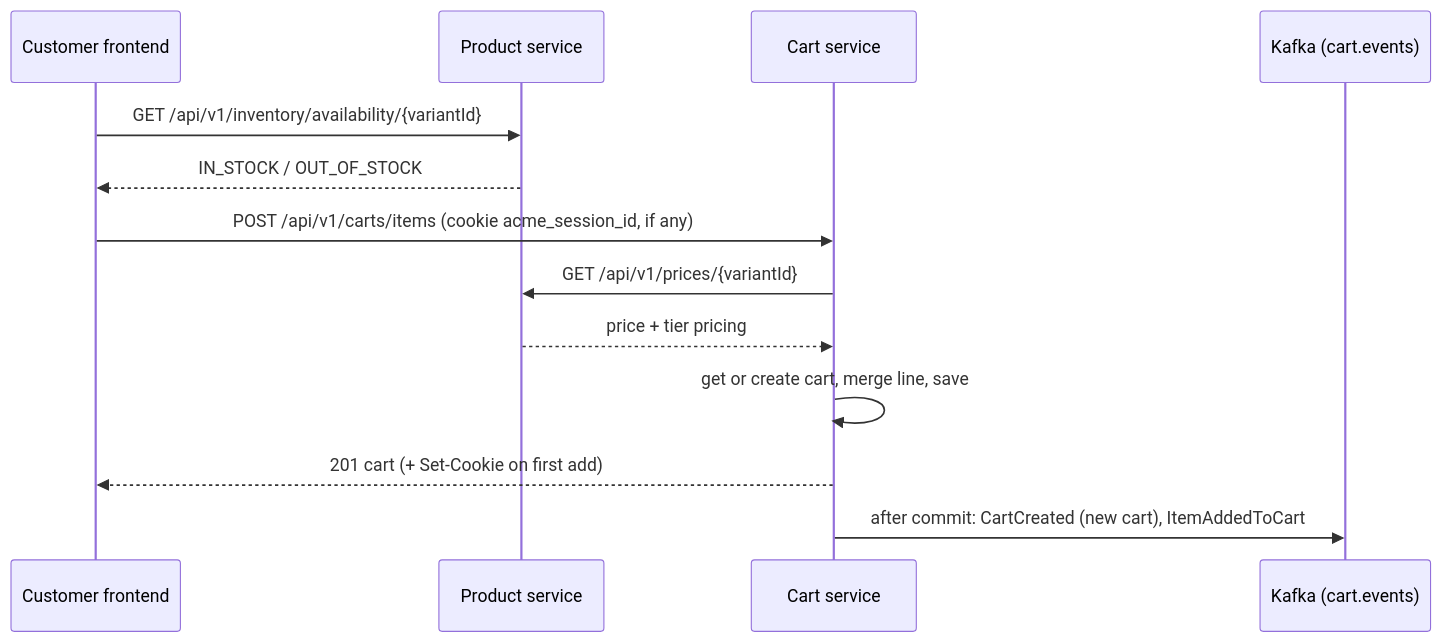
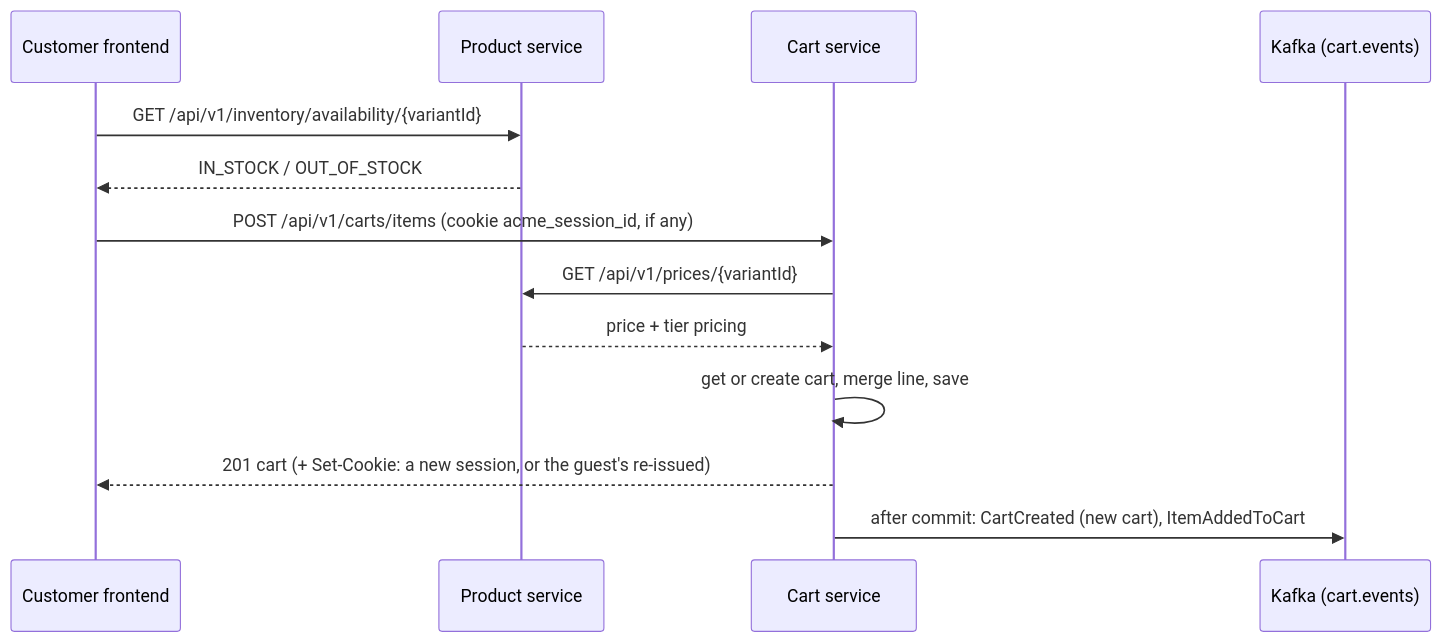
The first of 2 diagrams in documentation/ARCHITECTURE.md (cebartling/acme-inc-2026), drawn with Mermaid before and after one commit. The commit also changed other lines of this file and 14 other files, not shown here.

First line of the commit message:
feat(cart): recover expired cart sessions and slide the cookie (PIN-268) (#137)

````diff
--- a/documentation/ARCHITECTURE.md
+++ b/documentation/ARCHITECTURE.md
@@ -151,16 +151,16 @@
 ```mermaid
 sequenceDiagram
     participant FE as Customer frontend
     participant PS as Product service
     participant CS as Cart service
     participant K as Kafka (cart.events)
 
     FE->>PS: GET /api/v1/inventory/availability/{variantId}
     PS-->>FE: IN_STOCK / OUT_OF_STOCK
     FE->>CS: POST /api/v1/carts/items (cookie acme_session_id, if any)
     CS->>PS: GET /api/v1/prices/{variantId}
     PS-->>CS: price + tier pricing
     CS->>CS: get or create cart, merge line, save
-    CS-->>FE: 201 cart (+ Set-Cookie on first add)
+    CS-->>FE: 201 cart (+ Set-Cookie: a new session, or the guest's re-issued)
     CS->>K: after commit: CartCreated (new cart), ItemAddedToCart
 ```
````
